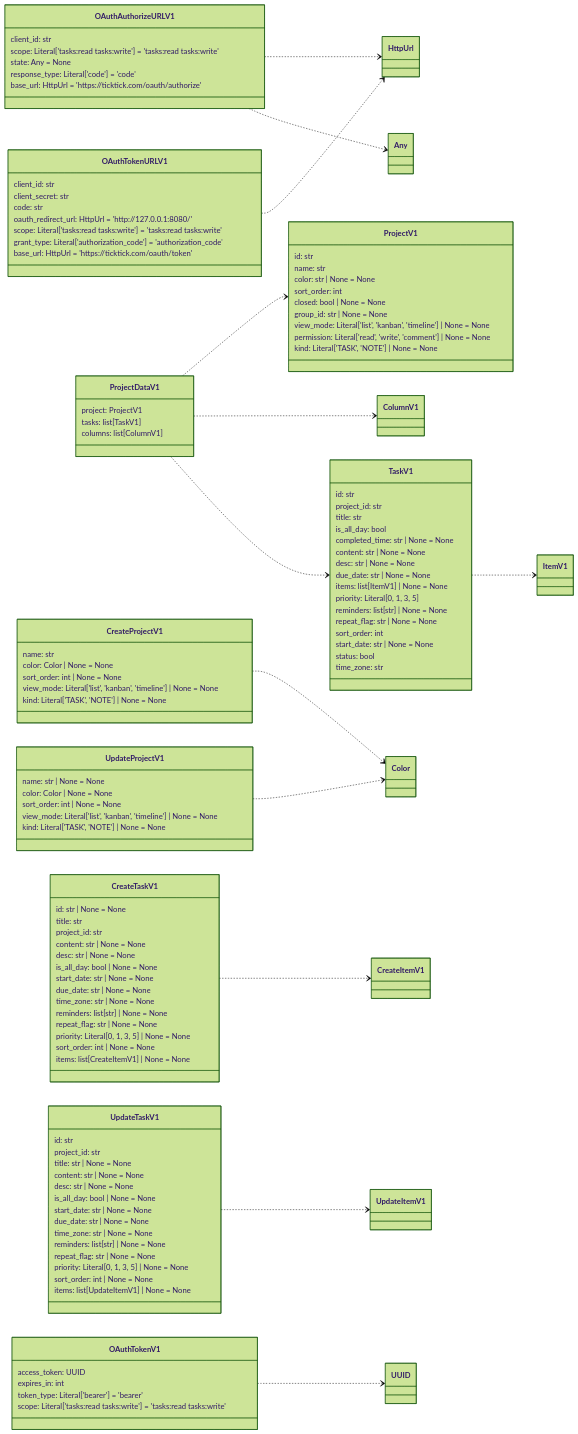
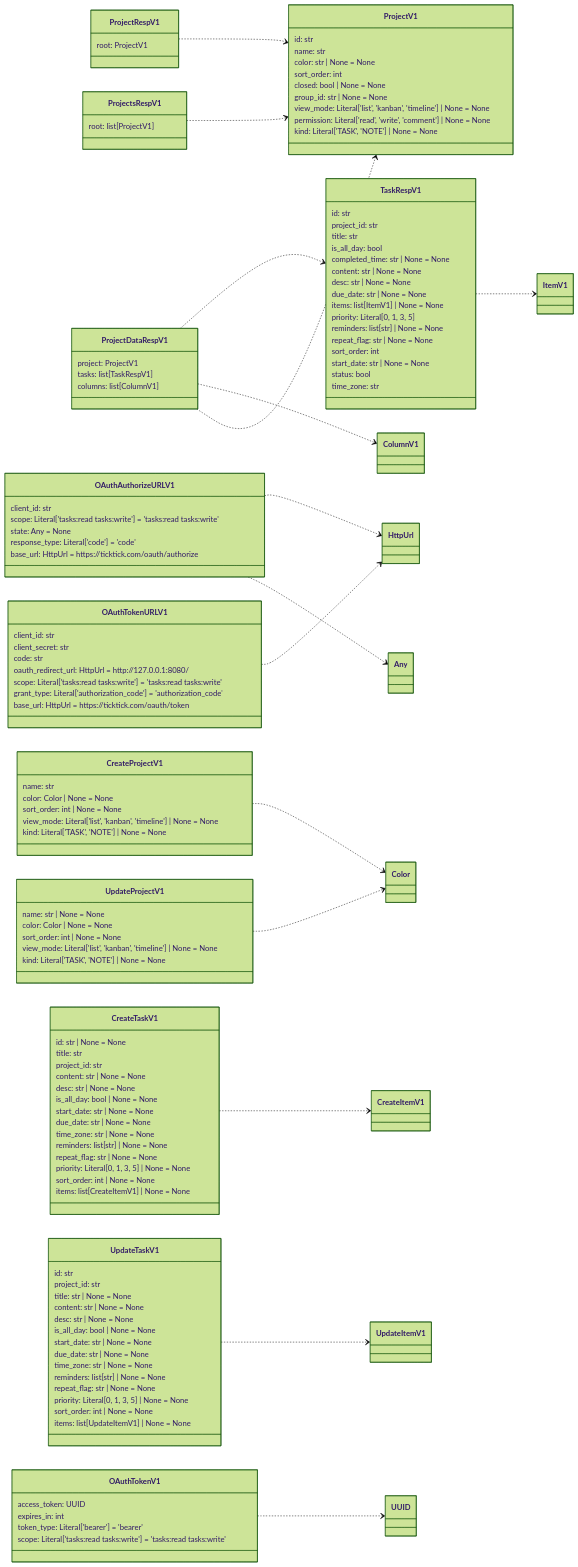
One commit to sebpretzer/pyticktick changed the diagram in docs/reference/models/v1/class_diagrams.md. Above: the diagram before and after it, drawn with Mermaid (forest theme). The commit also changed 9 other files, not shown here.

````diff
--- a/docs/reference/models/v1/class_diagrams.md
+++ b/docs/reference/models/v1/class_diagrams.md
@@ -1,35 +1,29 @@
 ```mermaid
 classDiagram
     direction LR
-    class ProjectV1 {
-        id: str
-        name: str
-        color: str | None = None
-        sort_order: int
-        closed: bool | None = None
-        group_id: str | None = None
-        view_mode: Literal['list', 'kanban', 'timeline'] | None = None
-        permission: Literal['read', 'write', 'comment'] | None = None
-        kind: Literal['TASK', 'NOTE'] | None = None
+    class OAuthTokenV1 {
+        access_token: UUID
+        expires_in: int
+        token_type: Literal['bearer'] = 'bearer'
+        scope: Literal['tasks:read tasks:write'] = 'tasks:read tasks:write'
     }
 
-    class TaskV1 {
-        id: str
-        project_id: str
-        title: str
-        is_all_day: bool
-        completed_time: str | None = None
-        content: str | None = None
-        desc: str | None = None
-        due_date: str | None = None
-        items: list[ItemV1] | None = None
-        priority: Literal[0, 1, 3, 5]
-        reminders: list[str] | None = None
-        repeat_flag: str | None = None
-        sort_order: int
-        start_date: str | None = None
-        status: bool
-        time_zone: str
+    class ProjectRespV1 {
+        root: ProjectV1
+    }
+
+    class OAuthAuthorizeURLV1 {
+        client_id: str
+        scope: Literal['tasks:read tasks:write'] = 'tasks:read tasks:write'
+        state: Any = None
+        response_type: Literal['code'] = 'code'
+        base_url: HttpUrl = https://ticktick.com/oauth/authorize
+    }
+
+    class ProjectDataRespV1 {
+        project: ProjectV1
+        tasks: list[TaskRespV1]
+        columns: list[ColumnV1]
     }
 
     class UpdateTaskV1 {
@@ -49,11 +43,42 @@
         items: list[UpdateItemV1] | None = None
     }
 
+    class TaskRespV1 {
+        id: str
+        project_id: str
+        title: str
+        is_all_day: bool
+        completed_time: str | None = None
+        content: str | None = None
+        desc: str | None = None
+        due_date: str | None = None
+        items: list[ItemV1] | None = None
+        priority: Literal[0, 1, 3, 5]
+        reminders: list[str] | None = None
+        repeat_flag: str | None = None
+        sort_order: int
+        start_date: str | None = None
+        status: bool
+        time_zone: str
+    }
+
     class CreateProjectV1 {
         name: str
         color: Color | None = None
         sort_order: int | None = None
         view_mode: Literal['list', 'kanban', 'timeline'] | None = None
+        kind: Literal['TASK', 'NOTE'] | None = None
+    }
+
+    class ProjectV1 {
+        id: str
+        name: str
+        color: str | None = None
+        sort_order: int
+        closed: bool | None = None
+        group_id: str | None = None
+        view_mode: Literal['list', 'kanban', 'timeline'] | None = None
+        permission: Literal['read', 'write', 'comment'] | None = None
         kind: Literal['TASK', 'NOTE'] | None = None
     }
 
@@ -74,12 +99,8 @@
         items: list[CreateItemV1] | None = None
     }
 
-    class OAuthAuthorizeURLV1 {
-        client_id: str
-        scope: Literal['tasks:read tasks:write'] = 'tasks:read tasks:write'
-        state: Any = None
-        response_type: Literal['code'] = 'code'
-        base_url: HttpUrl = 'https://ticktick.com/oauth/authorize'
+    class ProjectsRespV1 {
+        root: list[ProjectV1]
     }
 
     class UpdateProjectV1 {
@@ -90,27 +111,14 @@
         kind: Literal['TASK', 'NOTE'] | None = None
     }
 
-    class ProjectDataV1 {
-        project: ProjectV1
-        tasks: list[TaskV1]
-        columns: list[ColumnV1]
-    }
-
-    class OAuthTokenV1 {
-        access_token: UUID
-        expires_in: int
-        token_type: Literal['bearer'] = 'bearer'
-        scope: Literal['tasks:read tasks:write'] = 'tasks:read tasks:write'
-    }
-
     class OAuthTokenURLV1 {
         client_id: str
         client_secret: str
         code: str
-        oauth_redirect_url: HttpUrl = 'http://127.0.0.1:8080/'
+        oauth_redirect_url: HttpUrl = http://127.0.0.1:8080/
         scope: Literal['tasks:read tasks:write'] = 'tasks:read tasks:write'
         grant_type: Literal['authorization_code'] = 'authorization_code'
-        base_url: HttpUrl = 'https://ticktick.com/oauth/token'
+        base_url: HttpUrl = https://ticktick.com/oauth/token
     }
 
     OAuthAuthorizeURLV1 ..> HttpUrl
@@ -121,10 +129,12 @@
     CreateTaskV1 ..> CreateItemV1
     UpdateTaskV1 ..> UpdateItemV1
     OAuthTokenV1 ..> UUID
-    ProjectDataV1 ..> ProjectV1
-    ProjectDataV1 ..> ColumnV1
-    ProjectDataV1 ..> TaskV1
-    TaskV1 ..> ItemV1
+    ProjectDataRespV1 ..> TaskRespV1
+    ProjectDataRespV1 ..> ColumnV1
+    ProjectDataRespV1 ..> ProjectV1
+    ProjectRespV1 ..> ProjectV1
+    ProjectsRespV1 ..> ProjectV1
+    TaskRespV1 ..> ItemV1
 
 
 ```
````
